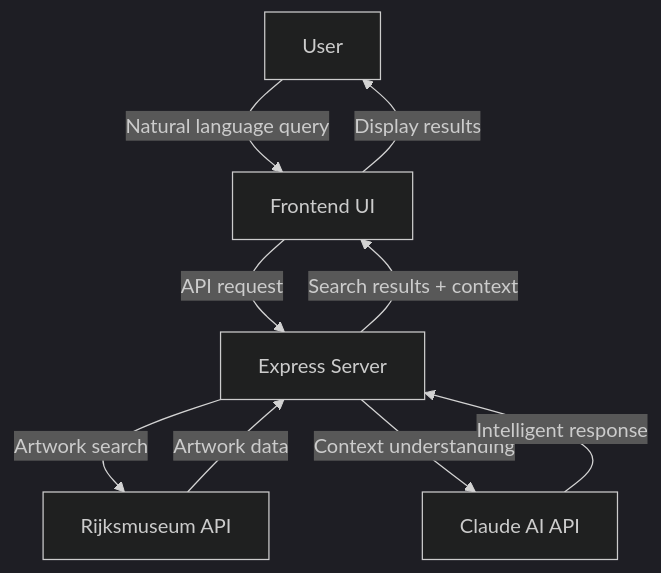
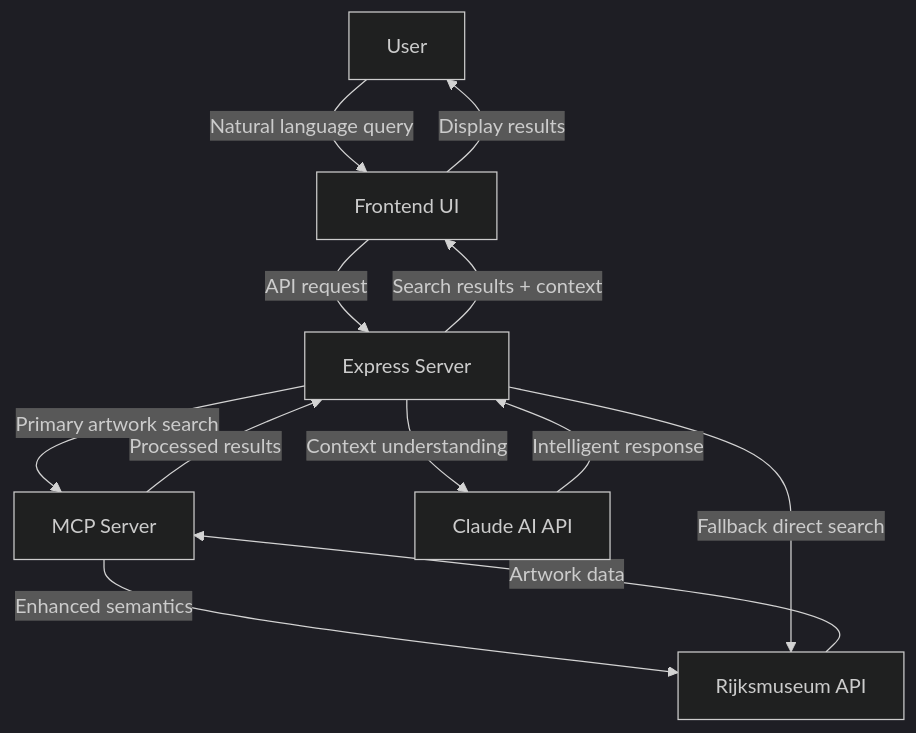
The diagram in README.md (jdhill777/rijksmuseum-AI), drawn with Mermaid (dark theme) before and after one commit. The commit also changed other lines of this file and 2 other files, not shown here.

Commit message:
✨ Integrate MCP server for enhanced search capabilities

````diff
--- a/README.md
+++ b/README.md
@@ -48,11 +49,14 @@
 ```mermaid
 graph TD
     A[User] -->|Natural language query| B[Frontend UI]
     B -->|API request| C[Express Server]
-    C -->|Artwork search| D[Rijksmuseum API]
+    C -->|Primary artwork search| F[MCP Server]
+    F -->|Enhanced semantics| D[Rijksmuseum API]
+    C -->|Fallback direct search| D
     C -->|Context understanding| E[Claude AI API]
-    D -->|Artwork data| C
+    D -->|Artwork data| F
+    F -->|Processed results| C
     E -->|Intelligent response| C
     C -->|Search results + context| B
     B -->|Display results| A
 ```
````
